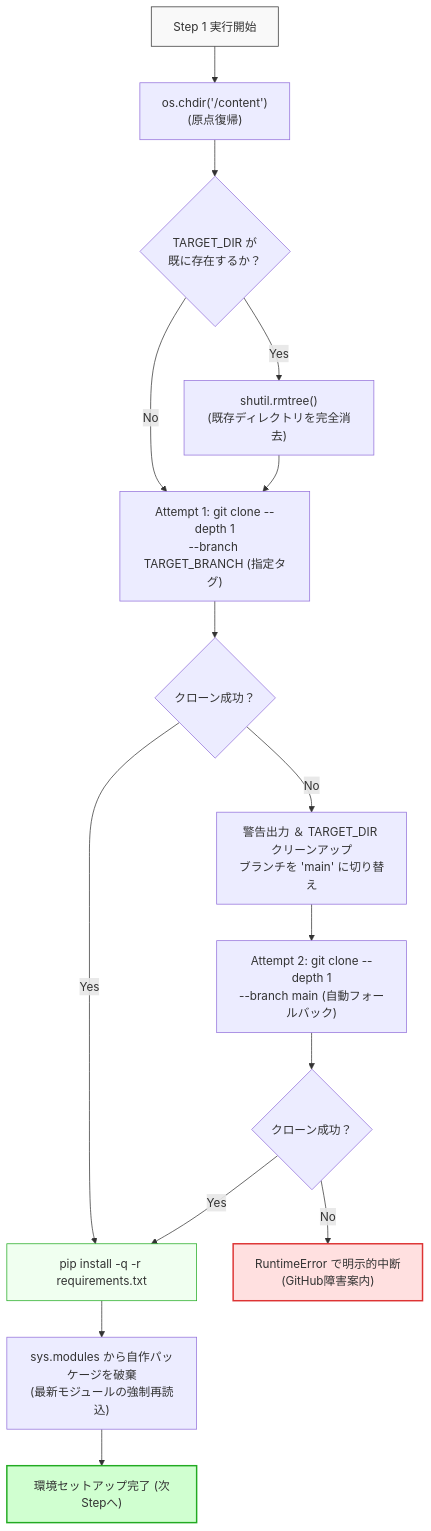
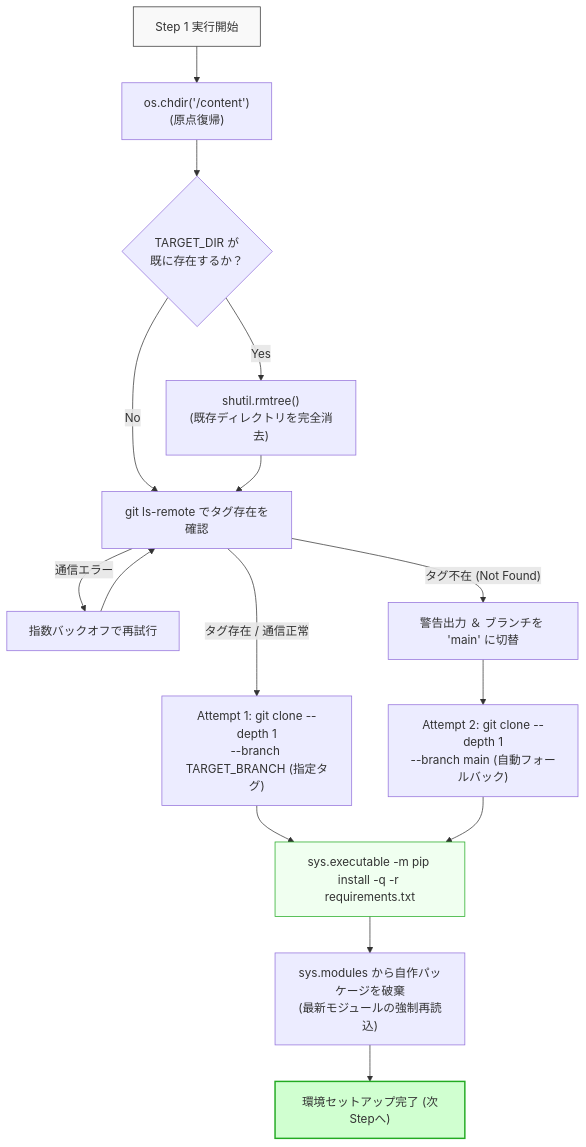
Before and after one commit to akkyey/stock-analyzer-core: the diagram in docs/articles/qiita_part7_colab_git_bootstrap_architecture.md, drawn with Mermaid. The commit also changed other lines of this file, not shown here.

````diff
--- a/docs/articles/qiita_part7_colab_git_bootstrap_architecture.md
+++ b/docs/articles/qiita_part7_colab_git_bootstrap_architecture.md
@@ -106,24 +107,24 @@
 ```mermaid
 flowchart TD
     Start["Step 1 実行開始"] --> CD["os.chdir('/content')<br/>(原点復帰)"]
     CD --> CheckDir{"TARGET_DIR が<br/>既に存在するか？"}
-    CheckDir -- Yes --> Clean["shutil.rmtree()<br/>(既存ディレクトリを完全消去)"]
-    CheckDir -- No --> Clone1
-    Clean --> Clone1["Attempt 1: git clone --depth 1<br/>--branch TARGET_BRANCH (指定タグ)"]
+    CheckDir -- "Yes" --> Clean["shutil.rmtree()<br/>(既存ディレクトリを完全消去)"]
+    CheckDir -- "No" --> Verify
+    Clean --> Verify["git ls-remote でタグ存在を確認"]
 
-    Clone1 --> Result1{"クローン成功？"}
-    Result1 -- Yes --> Pip["pip install -q -r requirements.txt"]
-    Result1 -- No --> Fallback["警告出力 ＆ TARGET_DIR クリーンアップ<br/>ブランチを 'main' に切り替え"]
+    Verify -- "タグ存在 / 通信正常" --> Clone1["Attempt 1: git clone --depth 1<br/>--branch TARGET_BRANCH (指定タグ)"]
+    Verify -- "通信エラー" --> Retry["指数バックオフで再試行"]
+    Retry --> Verify
+    Verify -- "タグ不在 (Not Found)" --> Fallback["警告出力 ＆ ブランチを 'main' に切替"]
     Fallback --> Clone2["Attempt 2: git clone --depth 1<br/>--branch main (自動フォールバック)"]
-    Clone2 --> Result2{"クローン成功？"}
-    Result2 -- Yes --> Pip
-    Result2 -- No --> Fatal["RuntimeError で明示的中断<br/>(GitHub障害案内)"]
+
+    Clone1 --> Pip["sys.executable -m pip install -q -r requirements.txt"]
+    Clone2 --> Pip
 
     Pip --> Reload["sys.modules から自作パッケージを破棄<br/>(最新モジュールの強制再読込)"]
     Reload --> Ready["環境セットアップ完了 (次Stepへ)"]
 
     style Start fill:#f9f9f9,stroke:#333,stroke-width:1px,color:#333
     style Pip fill:#f0fff0,stroke:#2a2,stroke-width:1px,color:#333
     style Ready fill:#d0ffd0,stroke:#2a2,stroke-width:2px,color:#333
-    style Fatal fill:#ffe0e0,stroke:#d33,stroke-width:2px,color:#333
 ```
````
